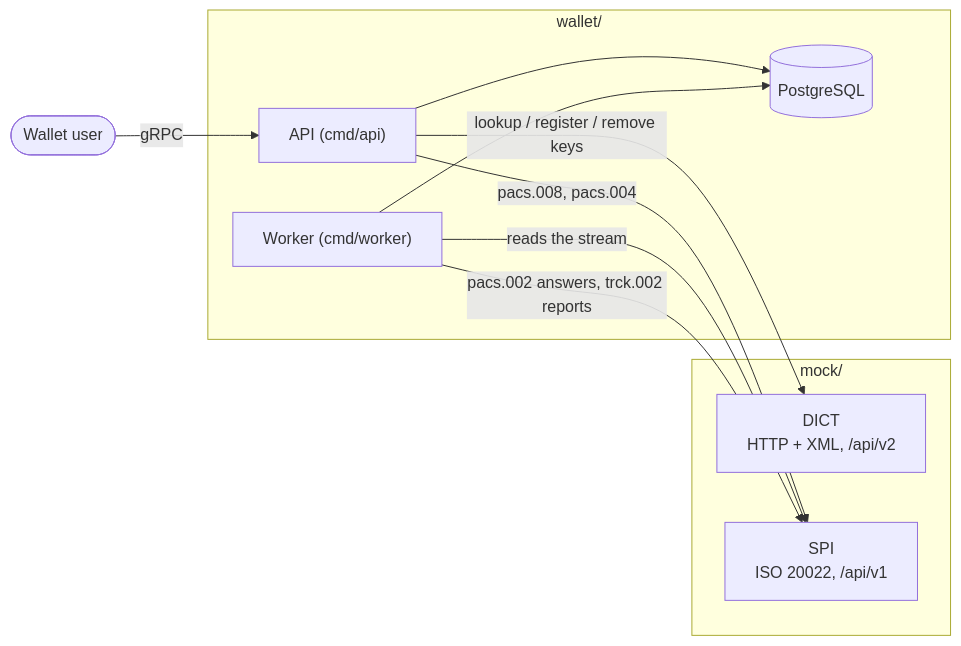
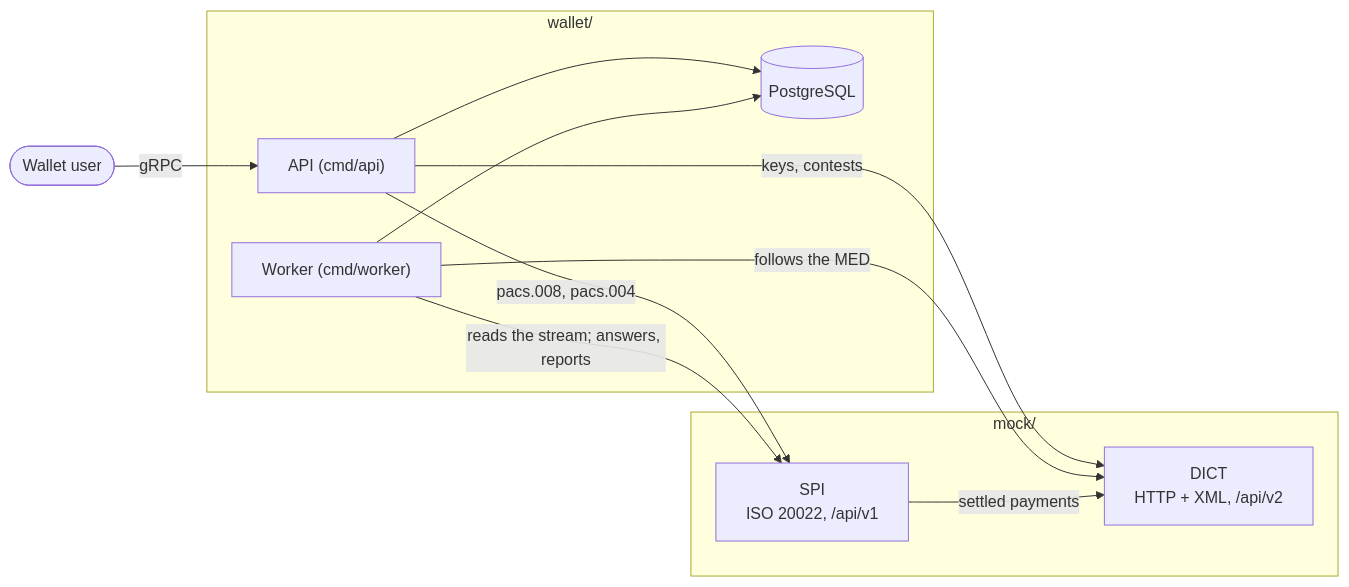
Before and after one commit to piovani/pix_fake: the first of 6 diagrams in docs/architecture.md, drawn with Mermaid. The commit also changed other lines of this file and 6 other files, not shown here.

````diff
--- a/docs/architecture.md
+++ b/docs/architecture.md
@@ -6,22 +6,23 @@
 ```mermaid
 flowchart LR
     User([Wallet user]) -- gRPC --> API
 
     subgraph Wallet["wallet/"]
         API["API (cmd/api)"]
         Worker["Worker (cmd/worker)"]
         DB[(PostgreSQL)]
         API --> DB
         Worker --> DB
     end
 
     subgraph Mocks["mock/"]
         DICT["DICT<br/>HTTP + XML, /api/v2"]
         SPI["SPI<br/>ISO 20022, /api/v1"]
     end
 
-    API -- "lookup / register / remove keys" --> DICT
+    API -- "keys, contests" --> DICT
     API -- "pacs.008, pacs.004" --> SPI
-    Worker -- "reads the stream" --> SPI
-    Worker -- "pacs.002 answers, trck.002 reports" --> SPI
+    Worker -- "reads the stream; answers, reports" --> SPI
+    Worker -- "follows the MED" --> DICT
+    SPI -- "settled payments" --> DICT
 ```
````
